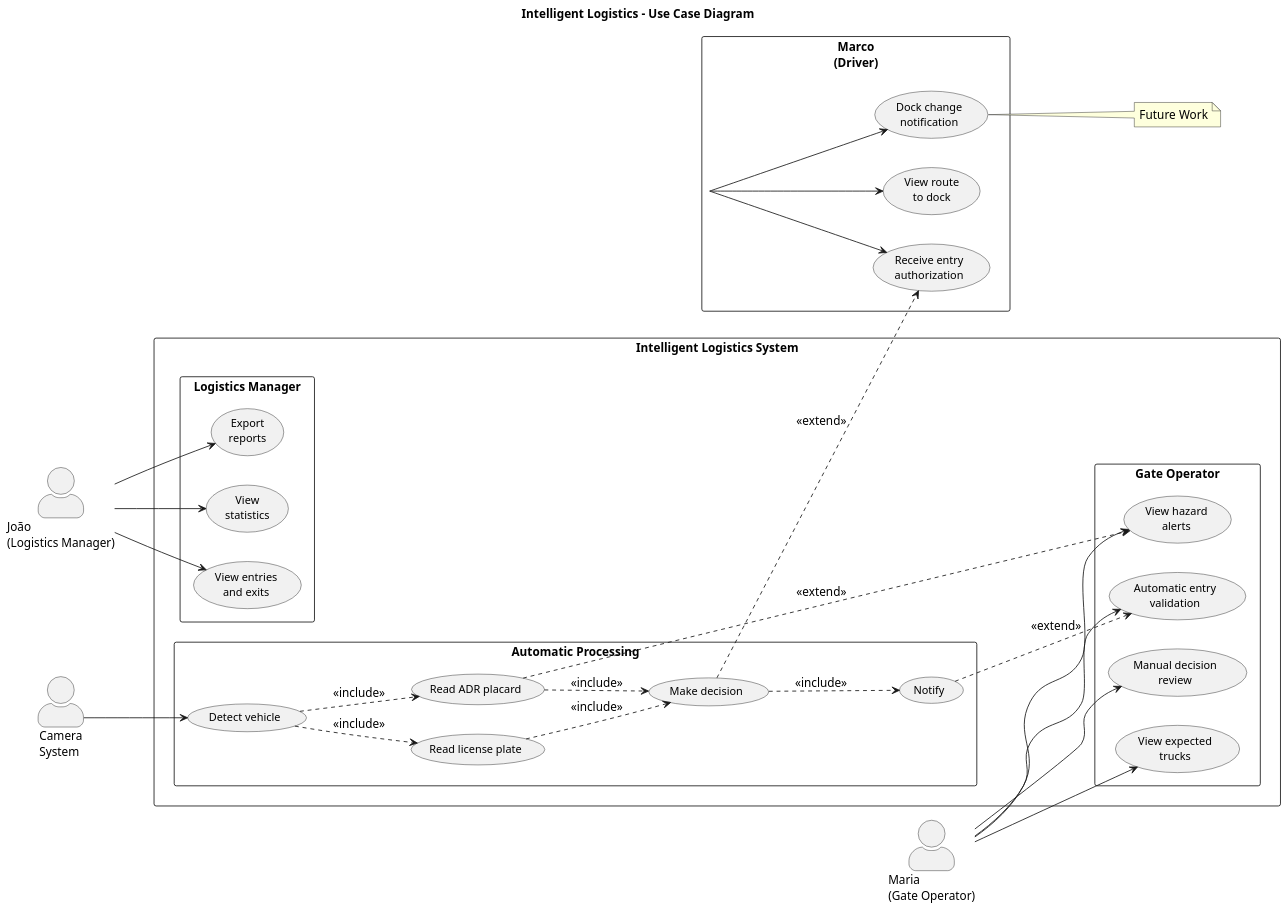
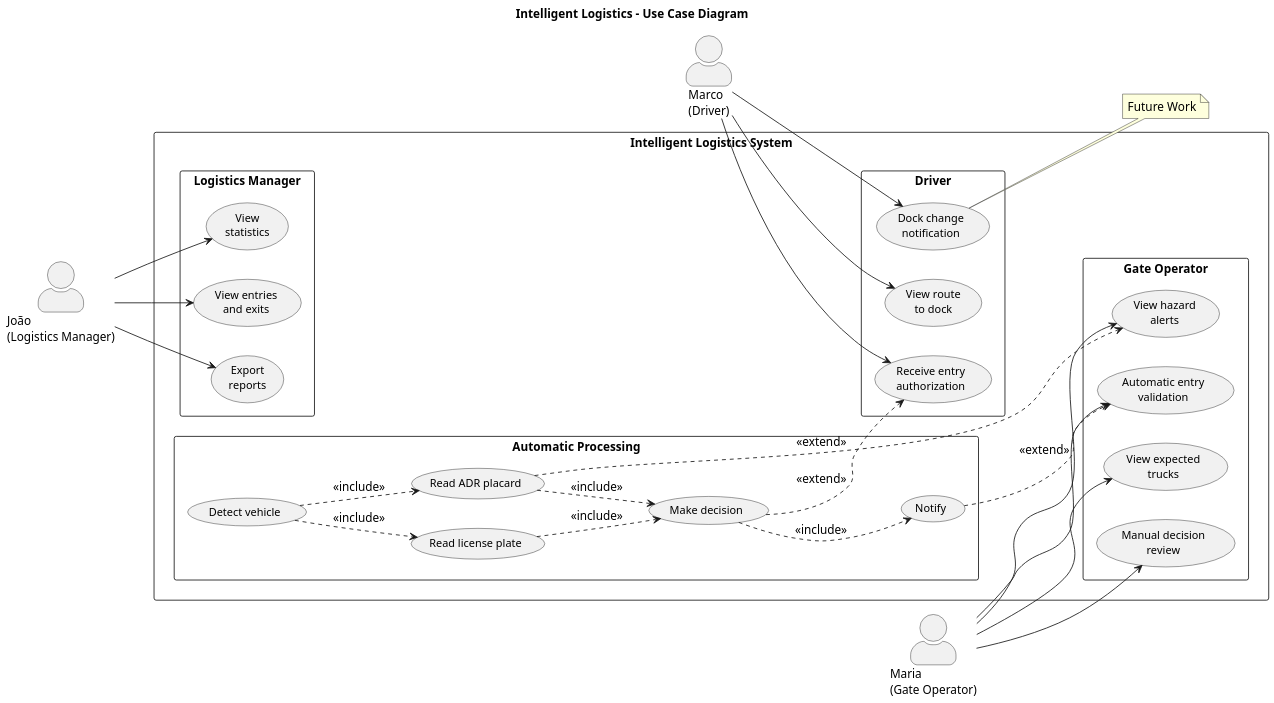
The diagram in docs/fluxos_roles/personas_us.md (PEI-HAZARDS/IntelligentLogistics), drawn with PlantUML before and after one commit. The commit also changed other lines of this file and 2 other files, not shown here.

````diff
--- a/docs/fluxos_roles/personas_us.md
+++ b/docs/fluxos_roles/personas_us.md
@@ -3,4 +1,3 @@
-```plantuml
 @startuml
 scale 1.5
 left to right direction
@@ -16,10 +13,9 @@
 title Intelligent Logistics - Use Case Diagram
 
 ' === ACTORS ===
-actor "Marco\n(Driver)" as Driver
-actor "João\n(Logistics Manager)" as Manager  
-actor "Maria\n(Gate Operator)" as Operator
-actor "Camera\nSystem" as Camera
+actor "Marco\n(Driver)" as DriverActor
+actor "João\n(Logistics Manager)" as ManagerActor  
+actor "Maria\n(Gate Operator)" as OperatorActor
 
 rectangle "Intelligent Logistics System" {
     
@@ -52,20 +48,18 @@
 }
 
 ' === ACTOR CONNECTIONS ===
-Driver --> UC_D1
-Driver --> UC_D2
-Driver --> UC_D3
+DriverActor --> UC_D1
+DriverActor --> UC_D2
+DriverActor --> UC_D3
 
-Manager --> UC_M1
-Manager --> UC_M2
-Manager --> UC_M3
+ManagerActor --> UC_M1
+ManagerActor --> UC_M2
+ManagerActor --> UC_M3
 
-Operator --> UC_O1
-Operator --> UC_O2
-Operator --> UC_O3
-Operator --> UC_O4
-
-Camera --> UC_S1
+OperatorActor --> UC_O1
+OperatorActor --> UC_O2
+OperatorActor --> UC_O3
+OperatorActor --> UC_O4
 
 ' === SYSTEM FLOW ===
 UC_S1 ..> UC_S2 : <<include>>
@@ -84,4 +78,3 @@
 end note
 
 @enduml
-```
````
